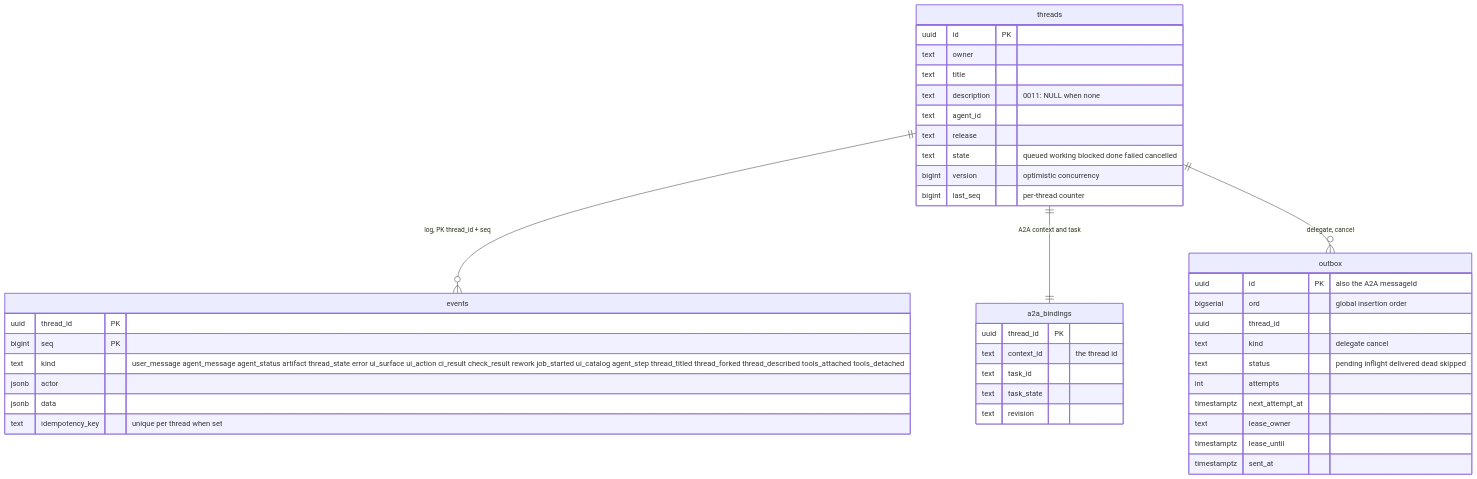
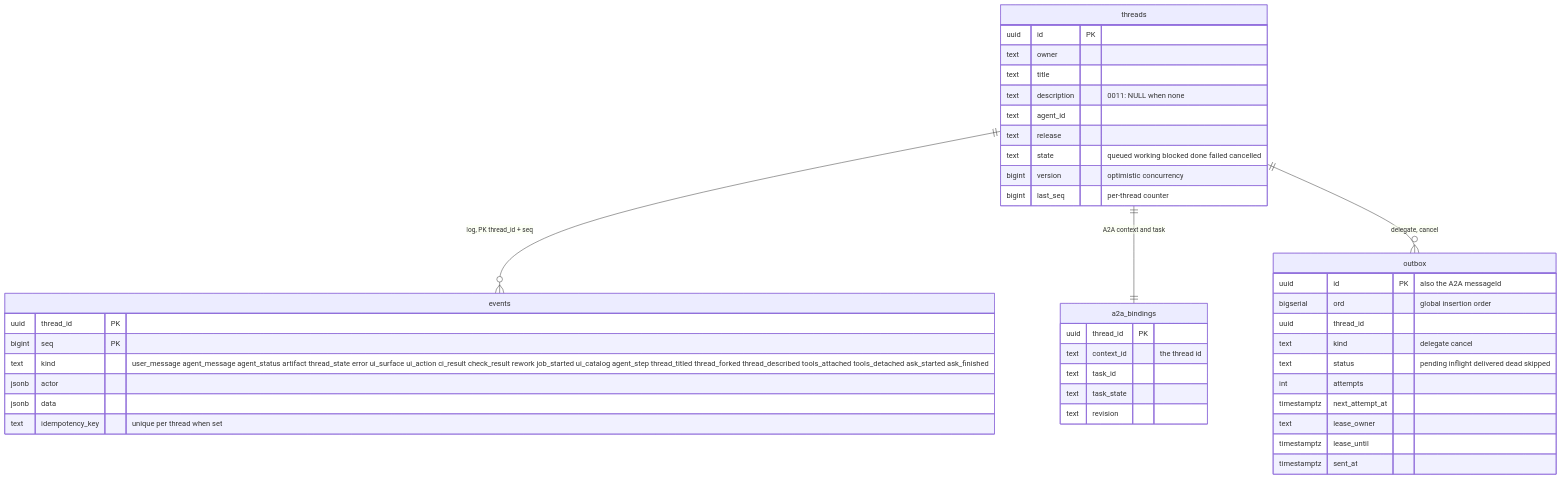
Diagram 31 of 36 in docs/orchestrator.md (vymalo/another-agentic-system), drawn with Mermaid before and after one commit. The commit also changed other lines of this file and 33 other files, not shown here.

First line of the commit message:
feat(core): asked agents in the job ledger (ask_started, ask_finished) (#130)

````diff
--- a/docs/orchestrator.md
+++ b/docs/orchestrator.md
@@ -1701,44 +1806,44 @@
 ```mermaid
 erDiagram
   threads ||--o{ events : "log, PK thread_id + seq"
   threads ||--|| a2a_bindings : "A2A context and task"
   threads ||--o{ outbox : "delegate, cancel"
   threads {
     uuid id PK
     text owner
     text title
     text description "0011: NULL when none"
     text agent_id
     text release
     text state "queued working blocked done failed cancelled"
     bigint version "optimistic concurrency"
     bigint last_seq "per-thread counter"
   }
   events {
     uuid thread_id PK
     bigint seq PK
-    text kind "user_message agent_message agent_status artifact thread_state error ui_surface ui_action ci_result check_result rework job_started ui_catalog agent_step thread_titled thread_forked thread_described tools_attached tools_detached"
+    text kind "user_message agent_message agent_status artifact thread_state error ui_surface ui_action ci_result check_result rework job_started ui_catalog agent_step thread_titled thread_forked thread_described tools_attached tools_detached ask_started ask_finished"
     jsonb actor
     jsonb data
     text idempotency_key "unique per thread when set"
   }
   a2a_bindings {
     uuid thread_id PK
     text context_id "the thread id"
     text task_id
     text task_state
     text revision
   }
   outbox {
     uuid id PK "also the A2A messageId"
     bigserial ord "global insertion order"
     uuid thread_id
     text kind "delegate cancel"
     text status "pending inflight delivered dead skipped"
     int attempts
     timestamptz next_attempt_at
     text lease_owner
     timestamptz lease_until
     timestamptz sent_at
   }
 ```
````
